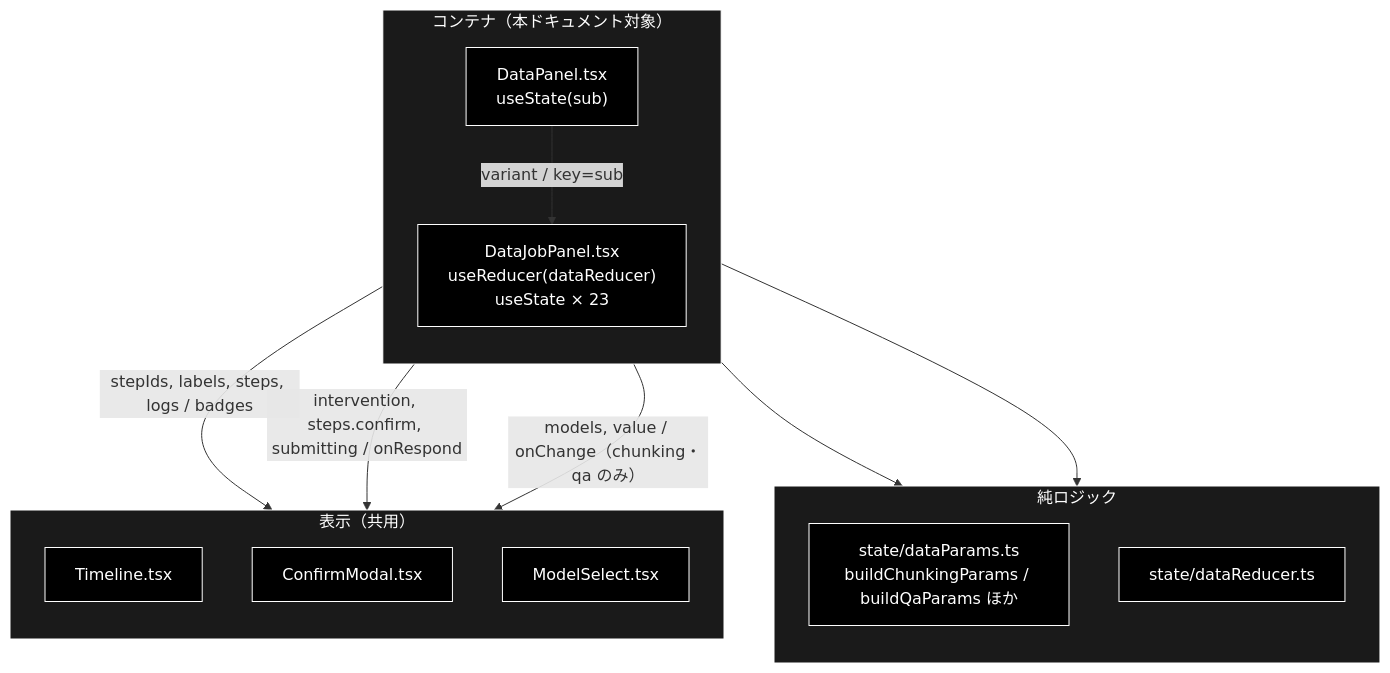
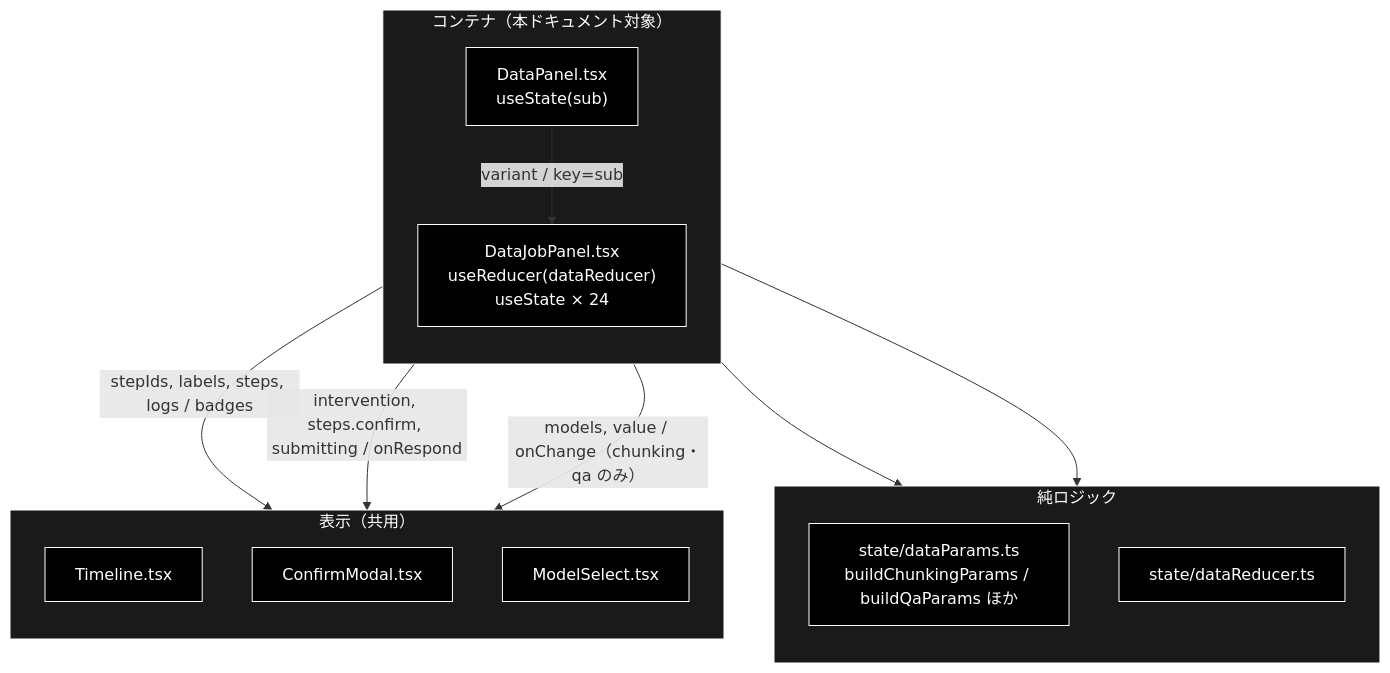
Before and after one commit to nakashima2toshio/grace_v2_local: the first of 4 diagrams in frontend/docs/DataJobPanel.md, drawn with Mermaid. The commit also changed other lines of this file and 15 other files, not shown here.

````diff
--- a/frontend/docs/DataJobPanel.md
+++ b/frontend/docs/DataJobPanel.md
@@ -79,31 +79,31 @@
 ```mermaid
 flowchart TB
     subgraph Container["コンテナ（本ドキュメント対象）"]
         direction TB
         DP["DataPanel.tsx<br>useState(sub)"]
-        DJ["DataJobPanel.tsx<br>useReducer(dataReducer)<br>useState × 23"]
+        DJ["DataJobPanel.tsx<br>useReducer(dataReducer)<br>useState × 24"]
     end
     subgraph Logic["純ロジック"]
         direction TB
         PARAMS["state/dataParams.ts<br>buildChunkingParams / buildQaParams ほか"]
         RED["state/dataReducer.ts"]
     end
     subgraph Presentational["表示（共用）"]
         direction TB
         TL["Timeline.tsx"]
         CM["ConfirmModal.tsx"]
         MS["ModelSelect.tsx"]
     end
     DP -->|"variant / key=sub"| DJ
     DJ --> PARAMS
     DJ --> RED
     DJ -->|"stepIds, labels, steps, logs / badges"| TL
     DJ -->|"intervention, steps.confirm, submitting / onRespond"| CM
     DJ -->|"models, value / onChange（chunking・qa のみ）"| MS
 classDef default fill:#000,stroke:#fff,color:#fff
 classDef subgraphStyle fill:#1a1a1a,stroke:#fff,color:#fff
 class DP,DJ,PARAMS,RED,TL,CM,MS default
 style Container fill:#1a1a1a,stroke:#fff,color:#fff
 style Logic fill:#1a1a1a,stroke:#fff,color:#fff
 style Presentational fill:#1a1a1a,stroke:#fff,color:#fff
 ```
````
